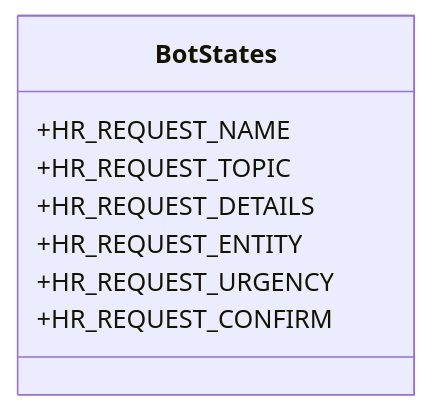
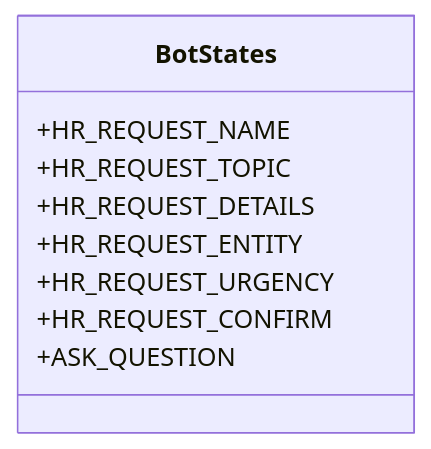
One commit to ognelis/cafetera_hr_bot changed the eighth of 10 diagrams in .qoder/repowiki/en/content/VK Integration/VK Integration.md. Above: the diagram before and after it, drawn with Mermaid. The commit also changed other lines of this file and 8 other files, not shown here.

````diff
--- a/.qoder/repowiki/en/content/VK Integration/VK Integration.md
+++ b/.qoder/repowiki/en/content/VK Integration/VK Integration.md
@@ -246,11 +393,12 @@
 ```mermaid
 classDiagram
 class BotStates {
 +HR_REQUEST_NAME
 +HR_REQUEST_TOPIC
 +HR_REQUEST_DETAILS
 +HR_REQUEST_ENTITY
 +HR_REQUEST_URGENCY
 +HR_REQUEST_CONFIRM
++ASK_QUESTION
 }
 ```
````
